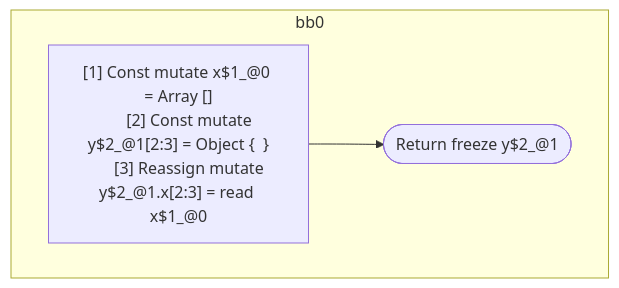
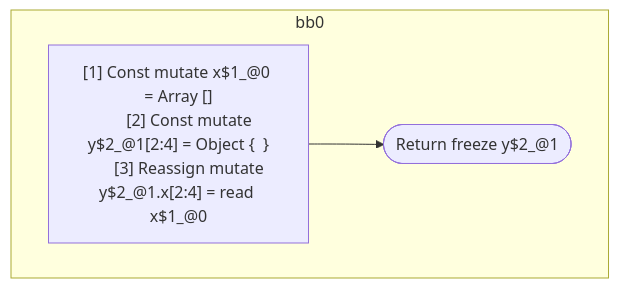
One commit to wutsmog/private changed the diagram in compiler/forget/src/__tests__/fixtures/hir/ssa-property.expect.md. Above: the diagram before and after it, drawn with Mermaid. The commit also changed other lines of this file and 45 other files, not shown here.

````diff
--- a/compiler/forget/src/__tests__/fixtures/hir/ssa-property.expect.md
+++ b/compiler/forget/src/__tests__/fixtures/hir/ssa-property.expect.md
@@ -26,15 +26,15 @@
 ```mermaid
 flowchart TB
   %% Basic Blocks
   subgraph bb0
     bb0_instrs["
       [1] Const mutate x$1_@0 = Array []
-      [2] Const mutate y$2_@1[2:3] = Object {  }
-      [3] Reassign mutate y$2_@1.x[2:3] = read x$1_@0
+      [2] Const mutate y$2_@1[2:4] = Object {  }
+      [3] Reassign mutate y$2_@1.x[2:4] = read x$1_@0
     "]
     bb0_instrs --> bb0_terminal(["Return freeze y$2_@1"])
   end
 
   %% Jumps
   %% empty
 ```
````
